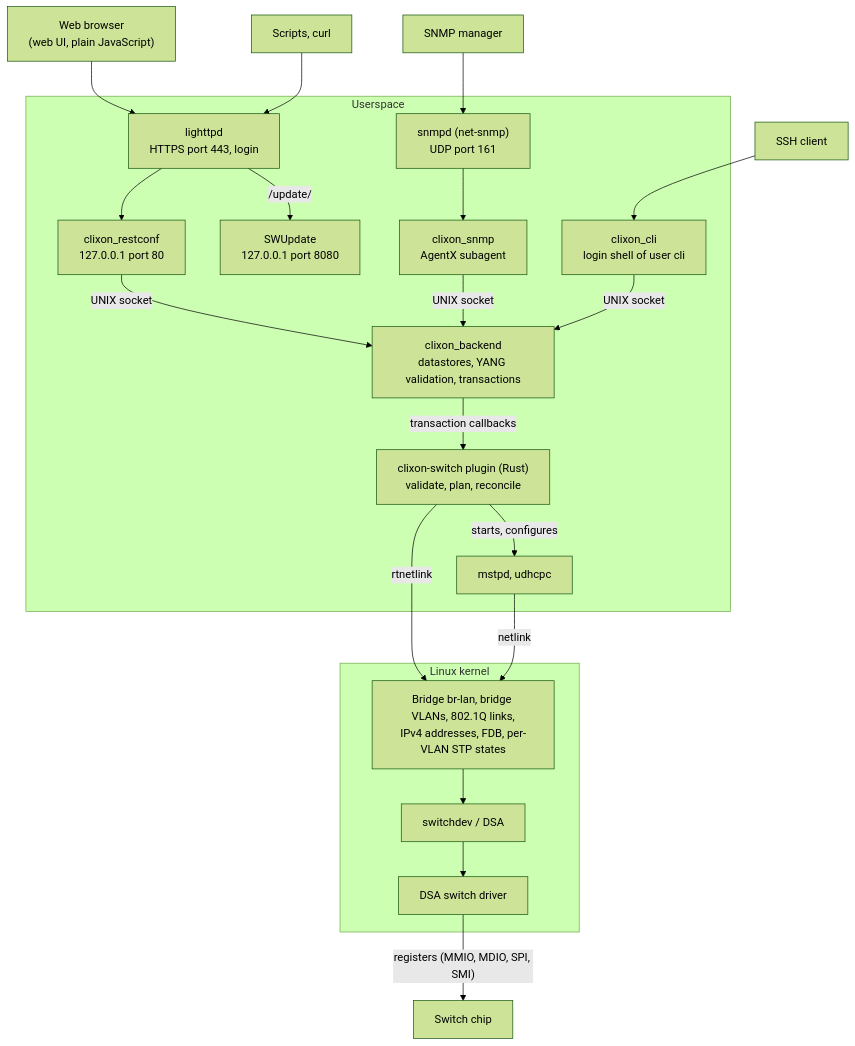
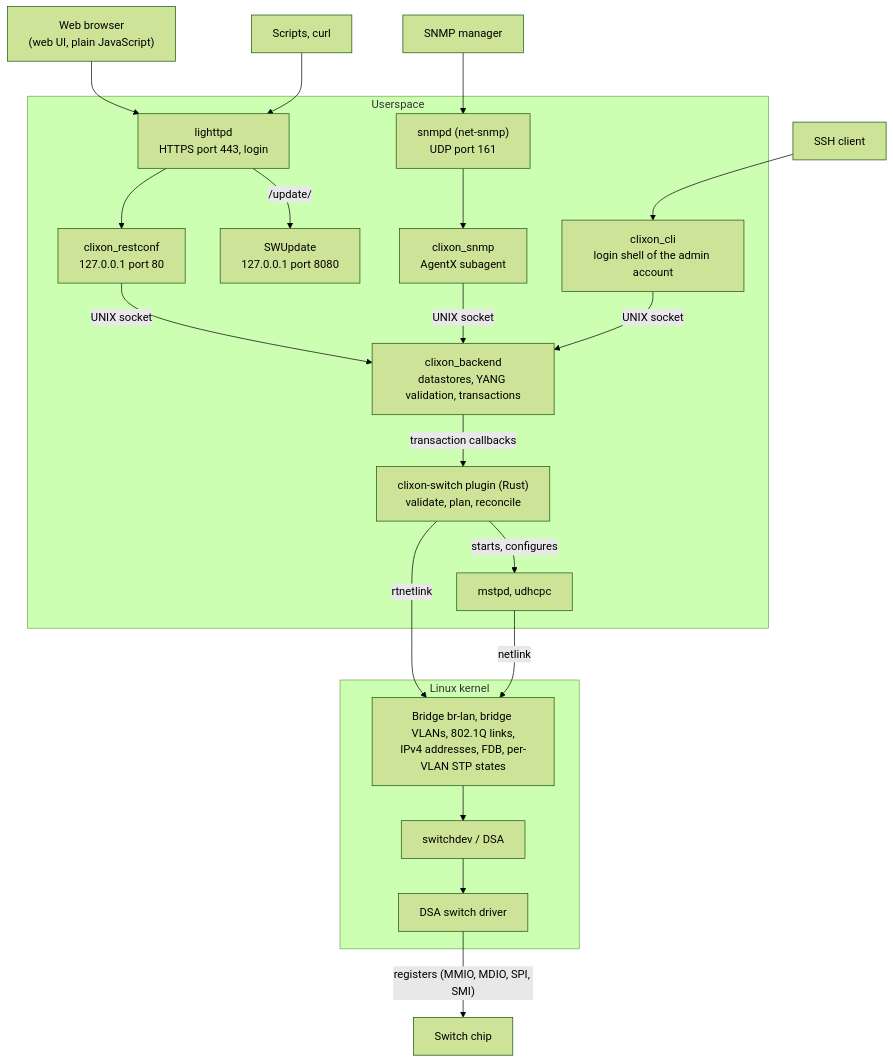
Before and after one commit to AlbrechtL/ethernet-switch-os: the first of 2 diagrams in docs/development/architecture.md, drawn with Mermaid (forest theme). The commit also changed other lines of this file and 12 other files, not shown here.

First line of the commit message:
Document the admin account the web setup creates

````diff
--- a/docs/development/architecture.md
+++ b/docs/development/architecture.md
@@ -33,42 +33,42 @@
 ```mermaid
 flowchart TB
     browser["Web browser<br/>(web UI, plain JavaScript)"]
     script["Scripts, curl"]
     ssh["SSH client"]
     nms["SNMP manager"]
 
     subgraph user["Userspace"]
         lighttpd["lighttpd<br/>HTTPS port 443, login"]
         restconf["clixon_restconf<br/>127.0.0.1 port 80"]
         swupdate["SWUpdate<br/>127.0.0.1 port 8080"]
-        cli["clixon_cli<br/>login shell of user cli"]
+        cli["clixon_cli<br/>login shell of the admin account"]
         snmpd["snmpd (net-snmp)<br/>UDP port 161"]
         clixon_snmp["clixon_snmp<br/>AgentX subagent"]
         backend["clixon_backend<br/>datastores, YANG validation, transactions"]
         plugin["clixon-switch plugin (Rust)<br/>validate, plan, reconcile"]
         helpers["mstpd, udhcpc"]
     end
 
     subgraph kernel["Linux kernel"]
         net["Bridge br-lan, bridge VLANs, 802.1Q links,<br/>IPv4 addresses, FDB, per-VLAN STP states"]
         switchdev["switchdev / DSA"]
         driver["DSA switch driver"]
     end
 
     asic["Switch chip"]
 
     browser --> lighttpd
     script --> lighttpd
     lighttpd --> restconf
     lighttpd -- "/update/" --> swupdate
     ssh --> cli
     nms --> snmpd --> clixon_snmp
     restconf -- "UNIX socket" --> backend
     cli -- "UNIX socket" --> backend
     clixon_snmp -- "UNIX socket" --> backend
     backend -- "transaction callbacks" --> plugin
     plugin -- "rtnetlink" --> net
     plugin -- "starts, configures" --> helpers
     helpers -- "netlink" --> net
     net --> switchdev --> driver -- "registers (MMIO, MDIO, SPI, SMI)" --> asic
 ```
````
